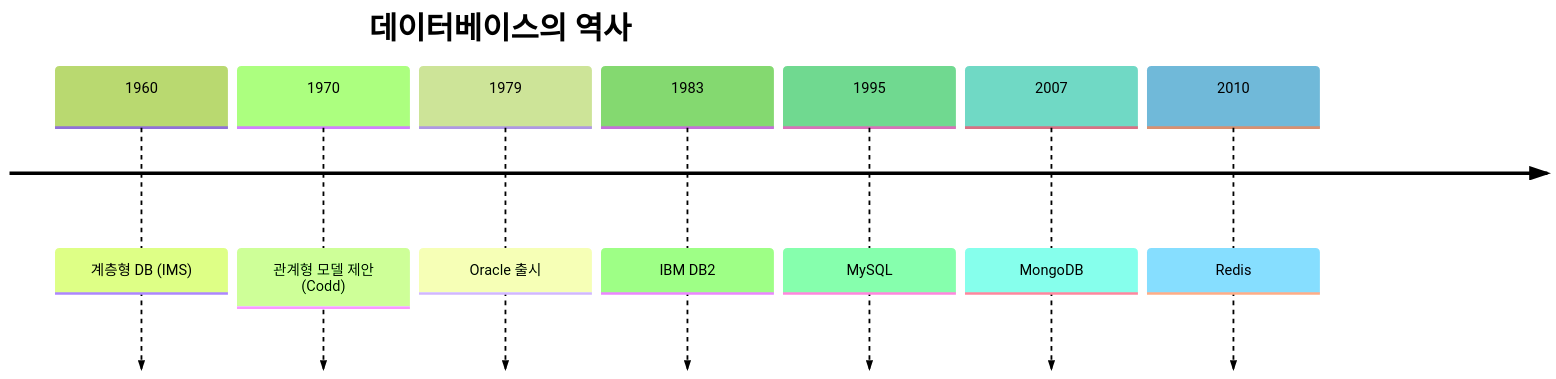
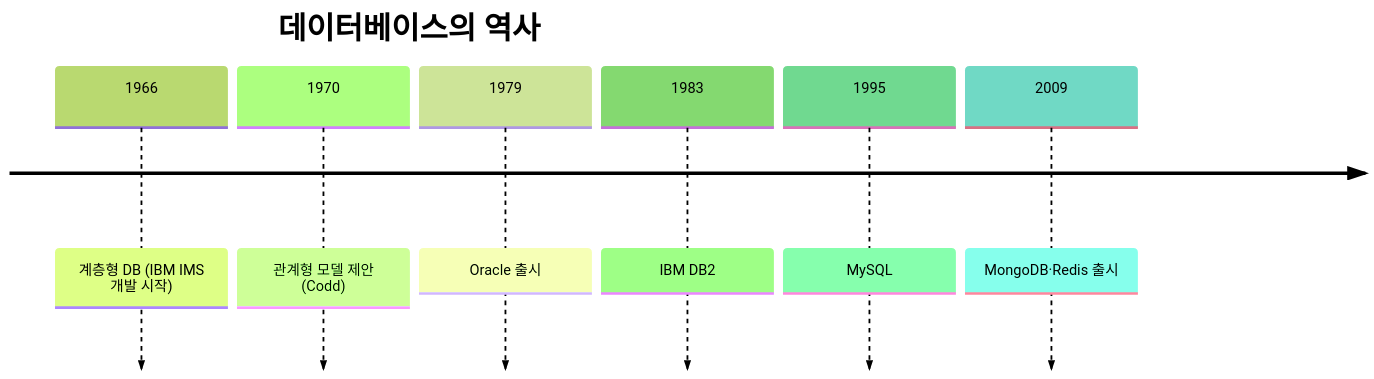
Before and after one commit to 42jerrykim/42jerrykim.github.io: the first of 6 diagrams in content/collection/cleanarchitecture/41-database-is-detail-persistence/index.md, drawn with Mermaid (forest theme). The commit also changed other lines of this file, not shown here.

````diff
--- a/content/collection/cleanarchitecture/41-database-is-detail-persistence/index.md
+++ b/content/collection/cleanarchitecture/41-database-is-detail-persistence/index.md
@@ -48,11 +48,10 @@
 ```mermaid
 timeline
     title 데이터베이스의 역사
-    1960 : 계층형 DB (IMS)
+    1966 : 계층형 DB (IBM IMS 개발 시작)
     1970 : 관계형 모델 제안 (Codd)
     1979 : Oracle 출시
     1983 : IBM DB2
     1995 : MySQL
-    2007 : MongoDB
-    2010 : Redis
+    2009 : MongoDB·Redis 출시
 ```
````
